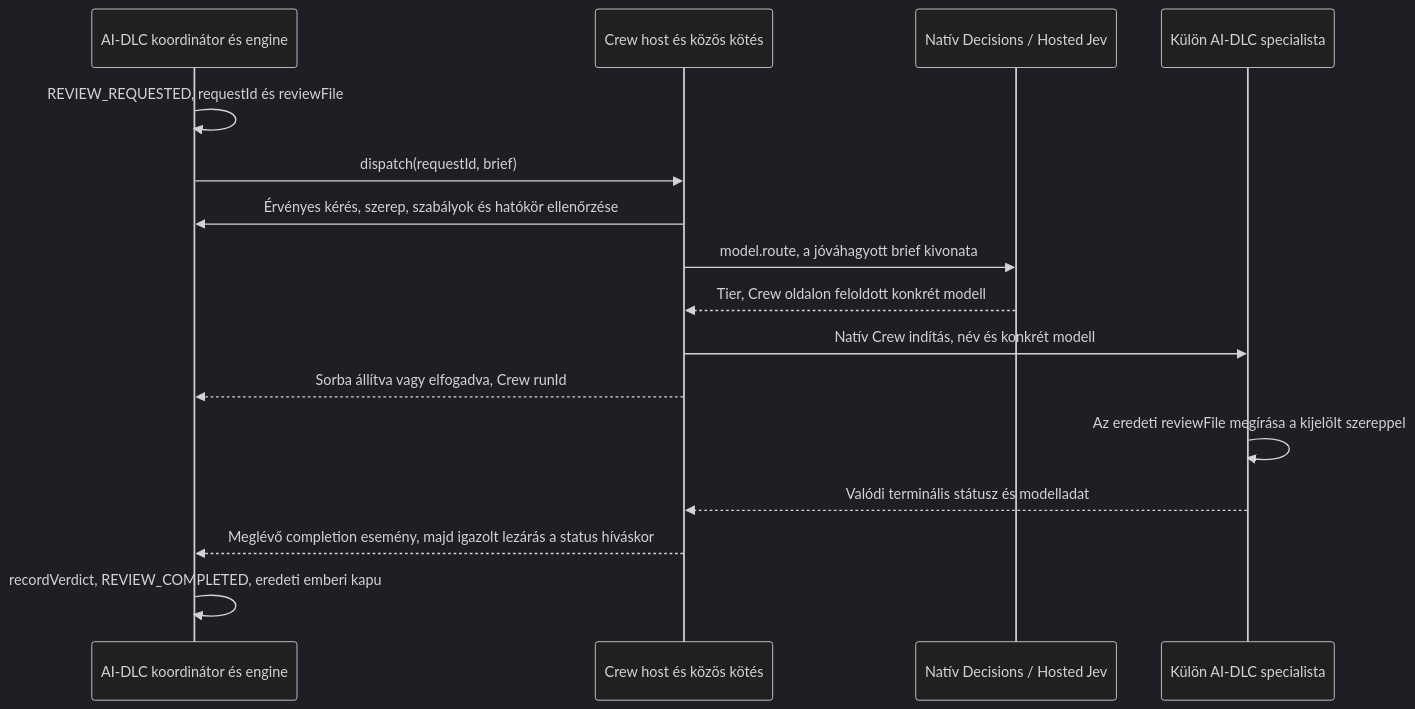
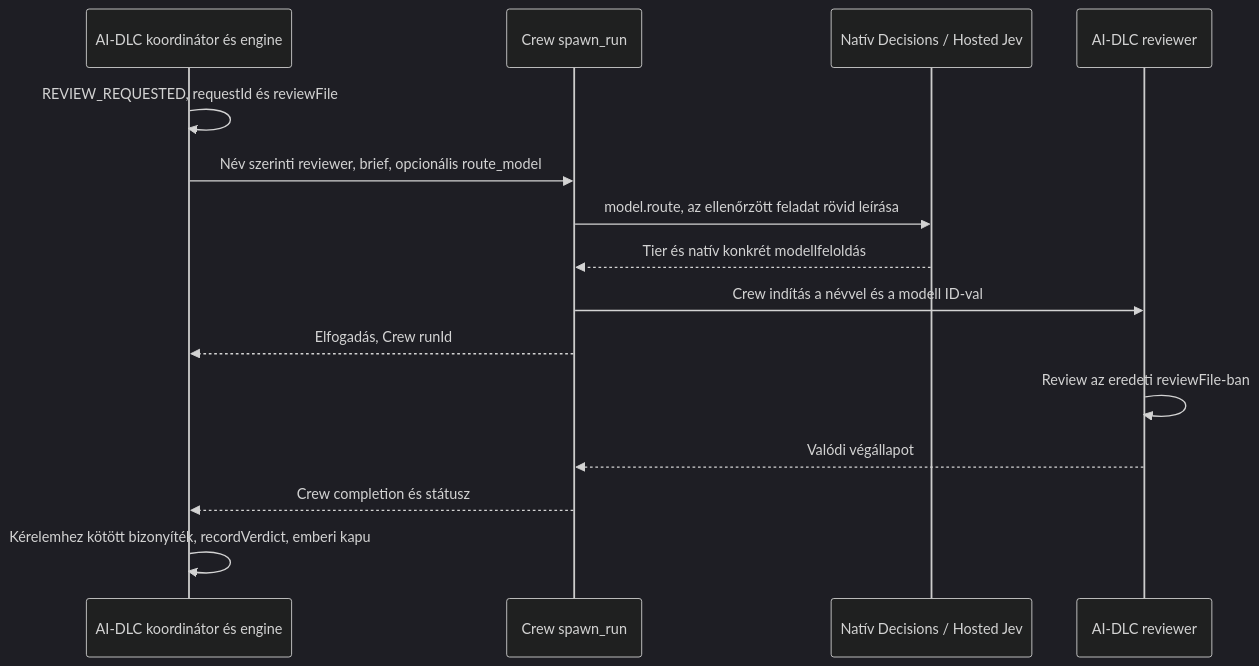
Before and after one commit to Zsombor0918/MultiAgenticSystem: the diagram in docs/NATIVE_DECISIONS_INTEGRATION.md, drawn with Mermaid (dark theme). The commit also changed other lines of this file and 1 other file, not shown here.

````diff
--- a/docs/NATIVE_DECISIONS_INTEGRATION.md
+++ b/docs/NATIVE_DECISIONS_INTEGRATION.md
@@ -11,18 +11,17 @@
 ```mermaid
 sequenceDiagram
     participant A as AI-DLC koordinátor és engine
-    participant C as Crew host és közös kötés
+    participant C as Crew spawn_run
     participant J as Natív Decisions / Hosted Jev
-    participant W as Külön AI-DLC specialista
+    participant W as AI-DLC reviewer
     A->>A: REVIEW_REQUESTED, requestId és reviewFile
-    A->>C: dispatch(requestId, brief)
-    C->>A: Érvényes kérés, szerep, szabályok és hatókör ellenőrzése
-    C->>J: model.route, a jóváhagyott brief kivonata
-    J-->>C: Tier, Crew oldalon feloldott konkrét modell
-    C->>W: Natív Crew indítás, név és konkrét modell
-    C-->>A: Sorba állítva vagy elfogadva, Crew runId
-    W->>W: Az eredeti reviewFile megírása a kijelölt szereppel
-    W-->>C: Valódi terminális státusz és modelladat
-    C-->>A: Meglévő completion esemény, majd igazolt lezárás a status híváskor
-    A->>A: recordVerdict, REVIEW_COMPLETED, eredeti emberi kapu
+    A->>C: Név szerinti reviewer, brief, opcionális route_model
+    C->>J: model.route, az ellenőrzött feladat rövid leírása
+    J-->>C: Tier és natív konkrét modellfeloldás
+    C->>W: Crew indítás a névvel és a modell ID-val
+    C-->>A: Elfogadás, Crew runId
+    W->>W: Review az eredeti reviewFile-ban
+    W-->>C: Valódi végállapot
+    C-->>A: Crew completion és státusz
+    A->>A: Kérelemhez kötött bizonyíték, recordVerdict, emberi kapu
 ```
````
